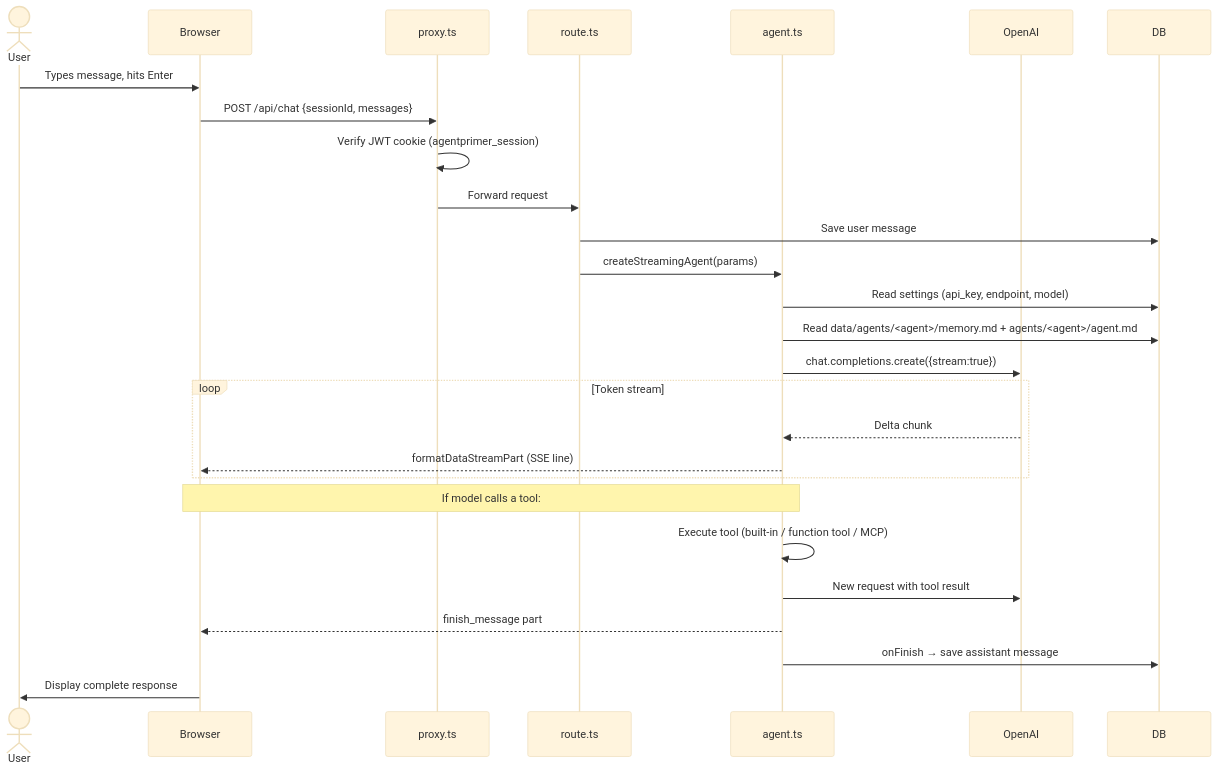
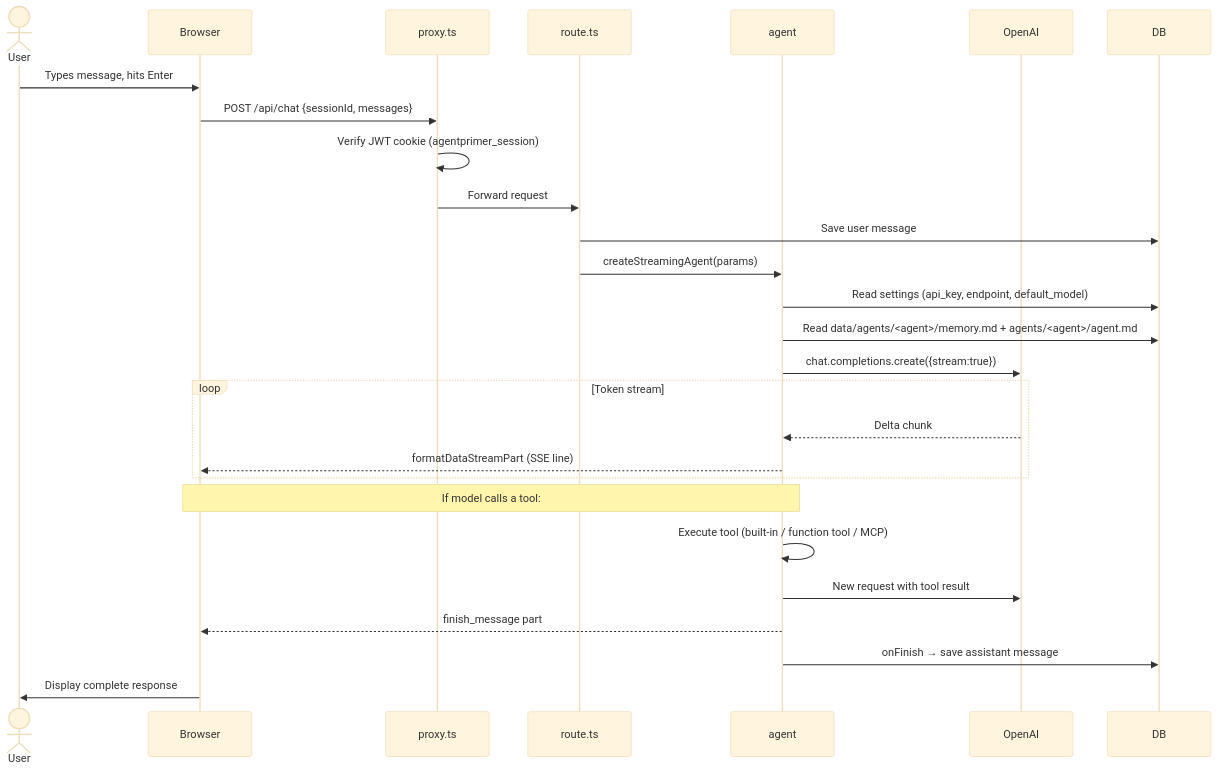
One commit to Wilson-Cheng/AgentPrimer changed the second of 2 diagrams in docs/01-architecture.md. Above: the diagram before and after it, drawn with Mermaid (base theme). The commit also changed other lines of this file and 36 other files, not shown here.

````diff
--- a/docs/01-architecture.md
+++ b/docs/01-architecture.md
@@ -84,30 +84,30 @@
 ```mermaid
 sequenceDiagram
     actor User
     participant Browser
     participant proxy.ts
     participant route.ts
-    participant agent.ts
+    participant agent
     participant OpenAI
     participant DB
 
     User->>Browser: Types message, hits Enter
     Browser->>proxy.ts: POST /api/chat {sessionId, messages}
     proxy.ts->>proxy.ts: Verify JWT cookie (agentprimer_session)
     proxy.ts->>route.ts: Forward request
     route.ts->>DB: Save user message
-    route.ts->>agent.ts: createStreamingAgent(params)
-    agent.ts->>DB: Read settings (api_key, endpoint, model)
-    agent.ts->>DB: Read data/agents/<agent>/memory.md + agents/<agent>/agent.md
-    agent.ts->>OpenAI: chat.completions.create({stream:true})
+    route.ts->>agent: createStreamingAgent(params)
+    agent->>DB: Read settings (api_key, endpoint, default_model)
+    agent->>DB: Read data/agents/<agent>/memory.md + agents/<agent>/agent.md
+    agent->>OpenAI: chat.completions.create({stream:true})
     loop Token stream
-        OpenAI-->>agent.ts: Delta chunk
-        agent.ts-->>Browser: formatDataStreamPart (SSE line)
+        OpenAI-->>agent: Delta chunk
+        agent-->>Browser: formatDataStreamPart (SSE line)
     end
-    Note over agent.ts,Browser: If model calls a tool:
-    agent.ts->>agent.ts: Execute tool (built-in / function tool / MCP)
-    agent.ts->>OpenAI: New request with tool result
-    agent.ts-->>Browser: finish_message part
-    agent.ts->>DB: onFinish → save assistant message
+    Note over agent,Browser: If model calls a tool:
+    agent->>agent: Execute tool (built-in / function tool / MCP)
+    agent->>OpenAI: New request with tool result
+    agent-->>Browser: finish_message part
+    agent->>DB: onFinish → save assistant message
     Browser->>User: Display complete response
 ```
````
